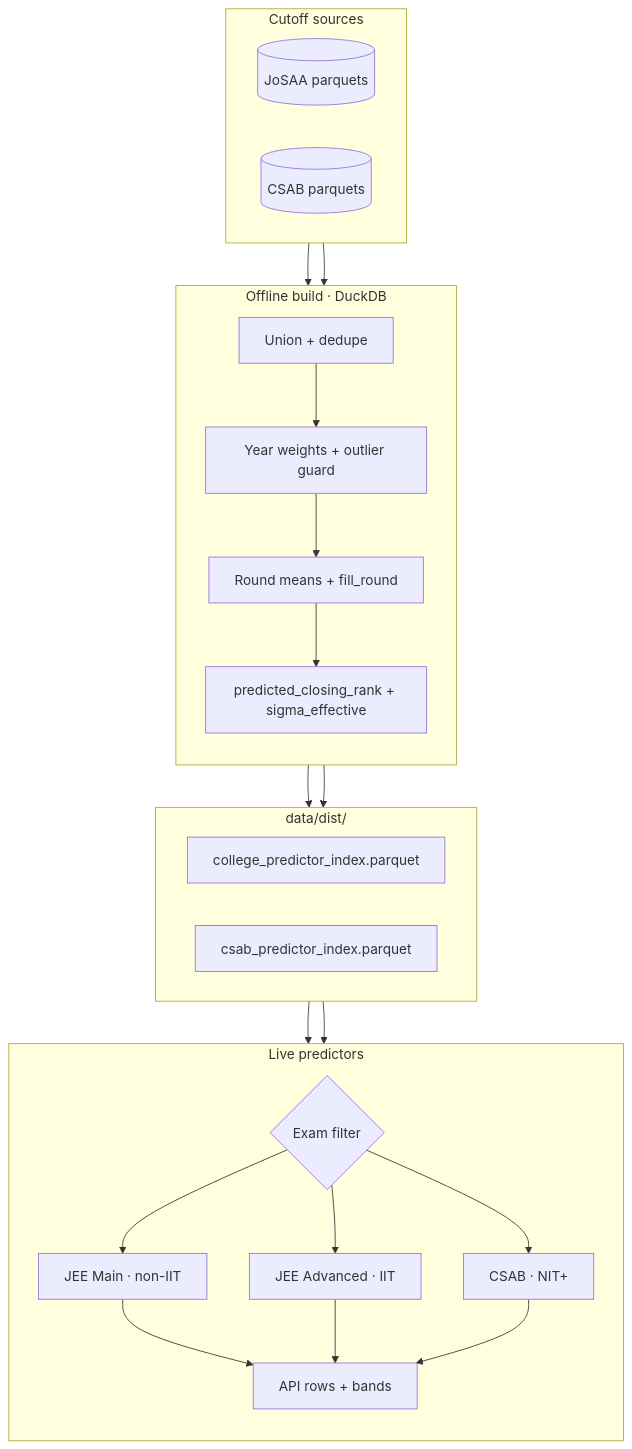
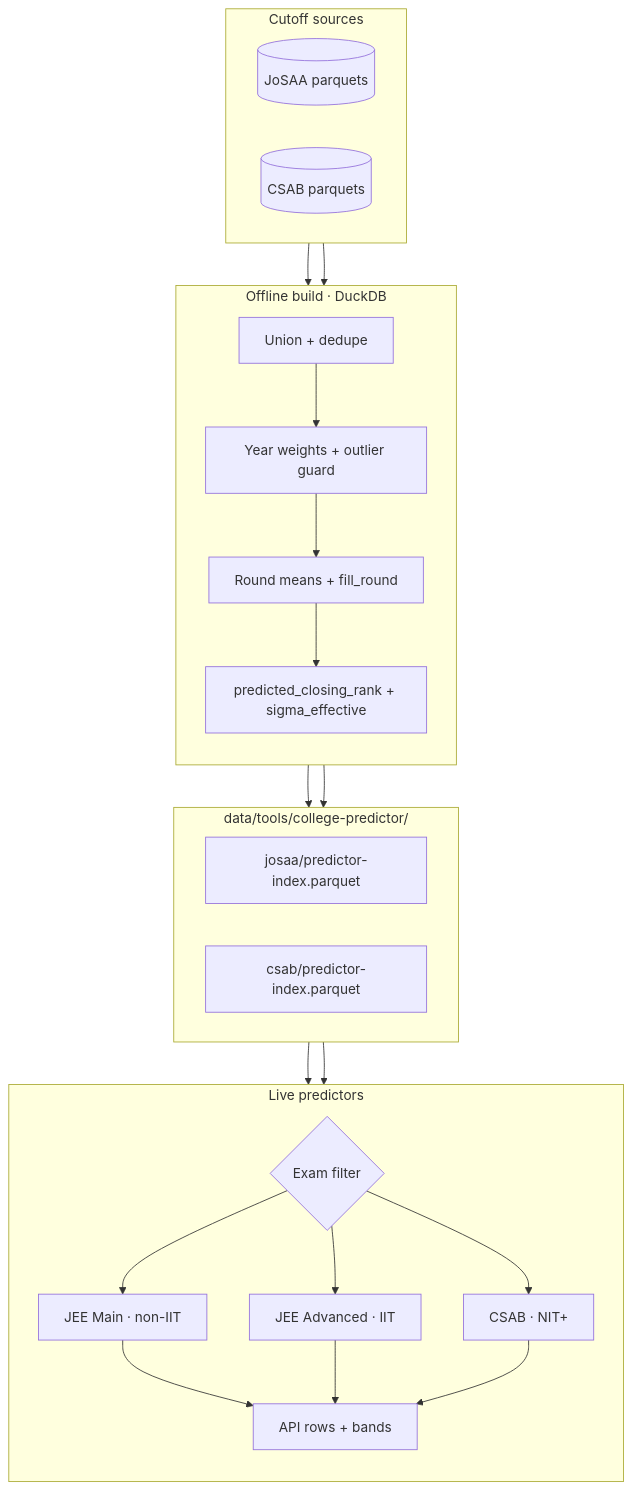
Before and after one commit to su6u/ejam: the diagram in docs/college-predictor/nerd-stuff/index-algorithms.md, drawn with Mermaid. The commit also changed other lines of this file and 11 other files, not shown here.

````diff
--- a/docs/college-predictor/nerd-stuff/index-algorithms.md
+++ b/docs/college-predictor/nerd-stuff/index-algorithms.md
@@ -14,43 +14,43 @@
 ```mermaid
 flowchart TB
     subgraph sources["Cutoff sources"]
         direction LR
         J[(JoSAA parquets)]
         C[(CSAB parquets)]
     end
 
     subgraph build["Offline build · DuckDB"]
         direction TB
         U[Union + dedupe]
         W[Year weights + outlier guard]
         R[Round means + fill_round]
         P[predicted_closing_rank + sigma_effective]
         U --> W --> R --> P
     end
 
-    subgraph dist["data/dist/"]
+    subgraph tools["data/tools/college-predictor/"]
         direction LR
-        I1[college_predictor_index.parquet]
-        I2[csab_predictor_index.parquet]
+        I1[josaa/predictor-index.parquet]
+        I2[csab/predictor-index.parquet]
     end
 
     subgraph runtime["Live predictors"]
         direction TB
         F{Exam filter}
         M[JEE Main · non-IIT]
         A[JEE Advanced · IIT]
         S[CSAB · NIT+]
         OUT[API rows + bands]
     end
 
     J --> U
     C --> U
     P --> I1
     P --> I2
     I1 --> F
     I2 --> F
     F --> M & A & S
     M --> OUT
     A --> OUT
     S --> OUT
 ```
````
